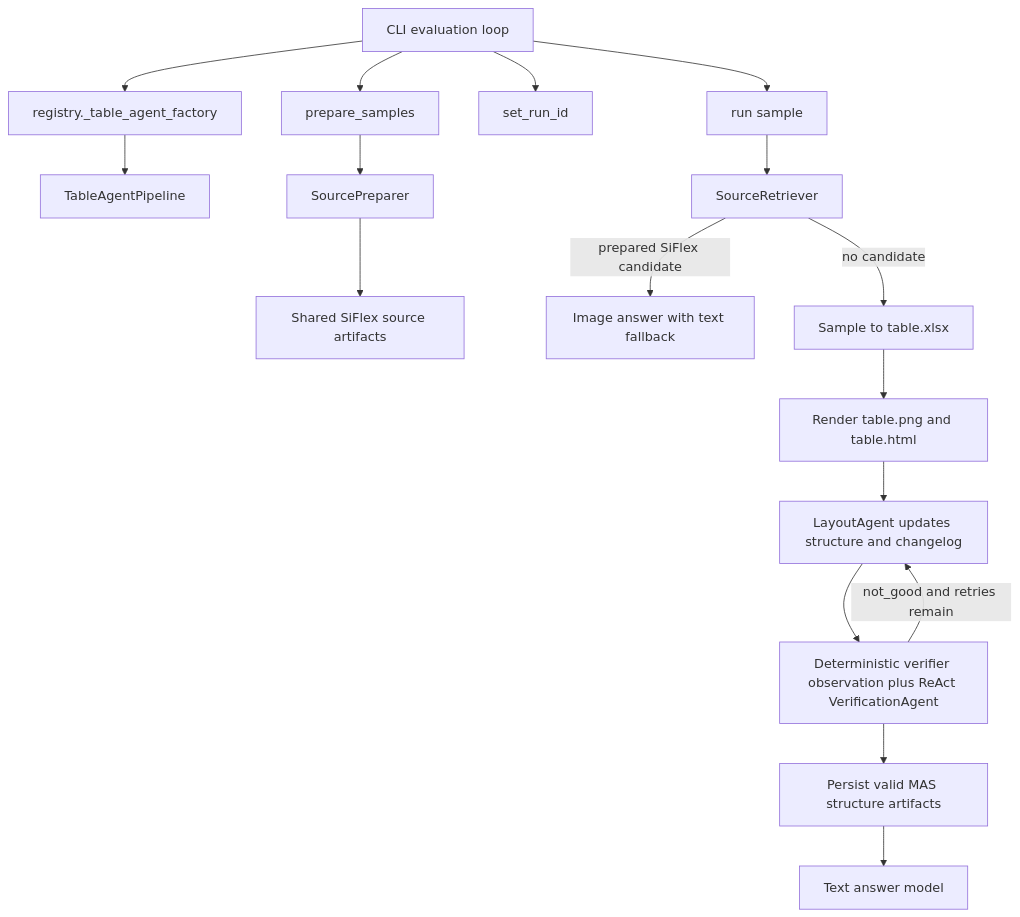
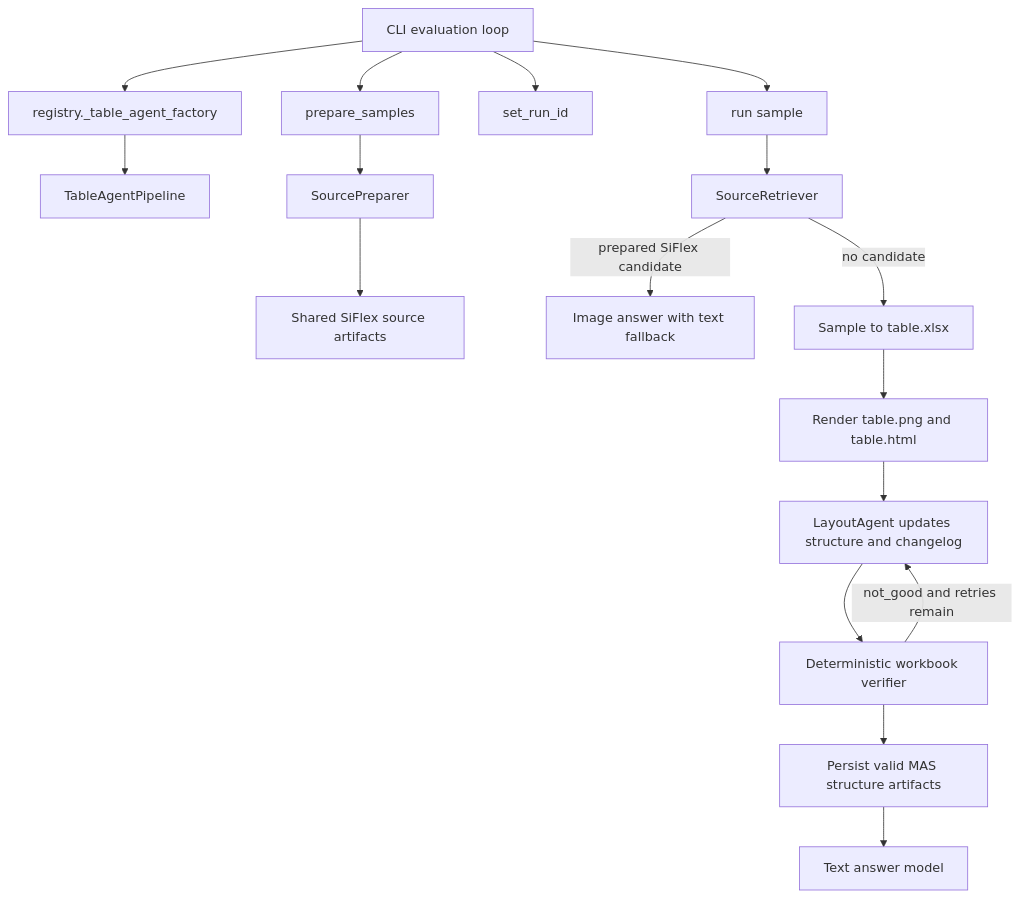
Before and after one commit to HmmOrange/TableAgent: the diagram in TableAgent/README.md, drawn with Mermaid. The commit also changed other lines of this file and 45 other files, not shown here.

````diff
--- a/TableAgent/README.md
+++ b/TableAgent/README.md
@@ -69,21 +82,21 @@
 ```mermaid
 flowchart TD
     CLI[CLI evaluation loop] --> Factory[registry._table_agent_factory]
     Factory --> Pipeline[TableAgentPipeline]
     CLI --> Prepare[prepare_samples]
     CLI --> Repeat[set_run_id]
     CLI --> Run[run sample]
 
     Prepare --> SourcePrep[SourcePreparer]
     SourcePrep --> Shared[Shared SiFlex source artifacts]
 
     Run --> Retrieve[SourceRetriever]
     Retrieve -->|prepared SiFlex candidate| PreparedAnswer[Image answer with text fallback]
     Retrieve -->|no candidate| Convert[Sample to table.xlsx]
     Convert --> Render[Render table.png and table.html]
     Render --> Layout[LayoutAgent updates structure and changelog]
-    Layout --> Verify[Deterministic verifier observation plus ReAct VerificationAgent]
+    Layout --> Verify[Deterministic workbook verifier]
     Verify -->|not_good and retries remain| Layout
     Verify --> Persist[Persist valid MAS structure artifacts]
     Persist --> TextAnswer[Text answer model]
 ```
````
